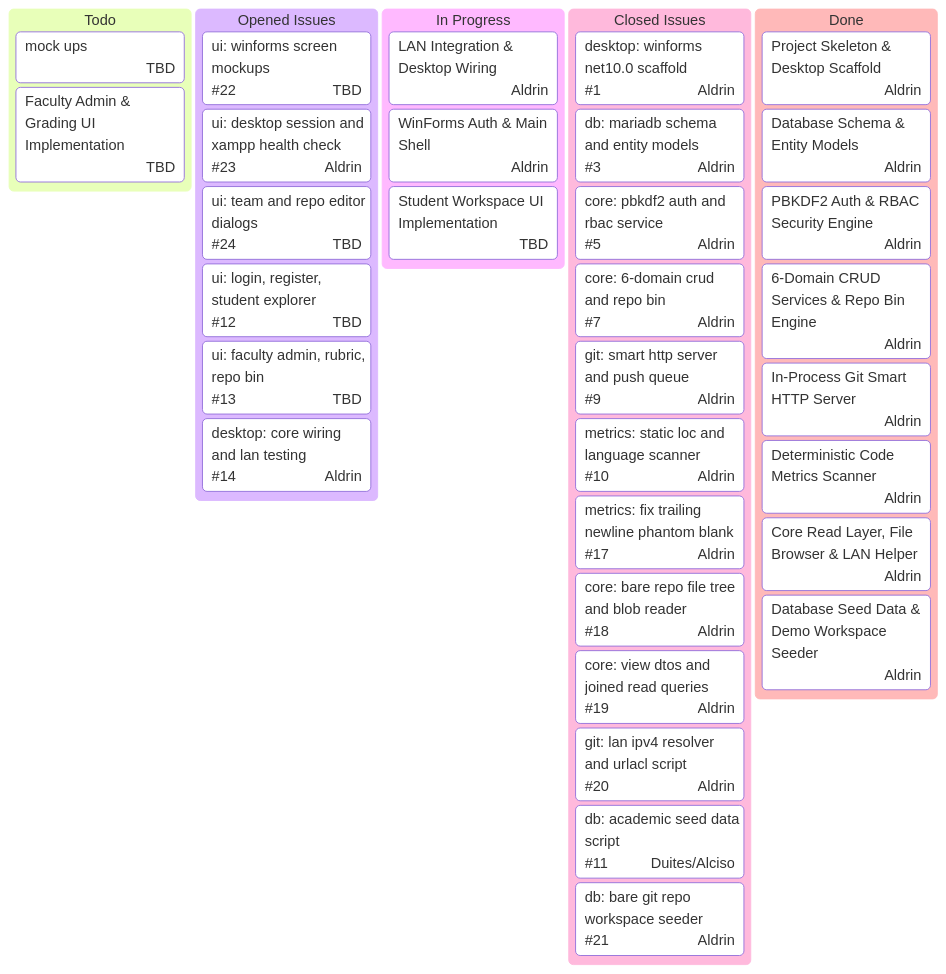
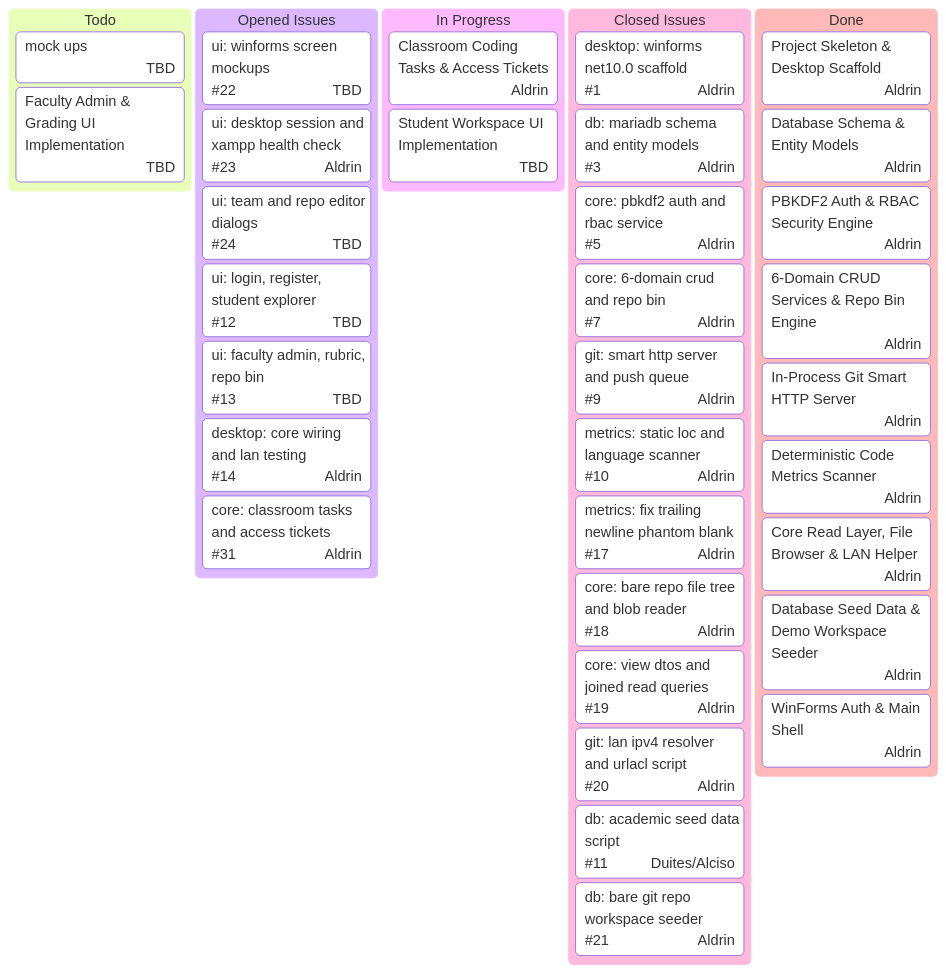
The diagram in README.md (frtzhahn/repo-vault), drawn with Mermaid before and after one commit. The commit also changed 15 other files, not shown here.

Commit message:
feat(core): add classroom coding tasks, repo privacy & tickets + tests

````diff
--- a/README.md
+++ b/README.md
@@ -34,40 +34,40 @@
 ```mermaid
 kanban
   [Todo]
     [mock ups]@{ assigned: 'TBD' }
     [Faculty Admin & Grading UI Implementation]@{ assigned: 'TBD' }
   [Opened Issues]
     [ui: winforms screen mockups]@{ assigned: 'TBD', ticket: '#22' }
     [ui: desktop session and xampp health check]@{ assigned: 'Aldrin', ticket: '#23' }
     [ui: team and repo editor dialogs]@{ assigned: 'TBD', ticket: '#24' }
     [ui: login, register, student explorer]@{ assigned: 'TBD', ticket: '#12' }
     [ui: faculty admin, rubric, repo bin]@{ assigned: 'TBD', ticket: '#13' }
     [desktop: core wiring and lan testing]@{ assigned: 'Aldrin', ticket: '#14' }
+    [core: classroom tasks and access tickets]@{ assigned: 'Aldrin', ticket: '#31' }
   [In Progress]
-    [LAN Integration & Desktop Wiring]@{ assigned: 'Aldrin' }
-    [WinForms Auth & Main Shell]@{ assigned: 'Aldrin' }
+    [Classroom Coding Tasks & Access Tickets]@{ assigned: 'Aldrin' }
     [Student Workspace UI Implementation]@{ assigned: 'TBD' }
   [Closed Issues]
     [desktop: winforms net10.0 scaffold]@{ assigned: 'Aldrin', ticket: '#1' }
     [db: mariadb schema and entity models]@{ assigned: 'Aldrin', ticket: '#3' }
     [core: pbkdf2 auth and rbac service]@{ assigned: 'Aldrin', ticket: '#5' }
     [core: 6-domain crud and repo bin]@{ assigned: 'Aldrin', ticket: '#7' }
     [git: smart http server and push queue]@{ assigned: 'Aldrin', ticket: '#9' }
     [metrics: static loc and language scanner]@{ assigned: 'Aldrin', ticket: '#10' }
     [metrics: fix trailing newline phantom blank]@{ assigned: 'Aldrin', ticket: '#17' }
     [core: bare repo file tree and blob reader]@{ assigned: 'Aldrin', ticket: '#18' }
     [core: view dtos and joined read queries]@{ assigned: 'Aldrin', ticket: '#19' }
     [git: lan ipv4 resolver and urlacl script]@{ assigned: 'Aldrin', ticket: '#20' }
     [db: academic seed data script]@{ assigned: 'Duites/Alciso', ticket: '#11' }
     [db: bare git repo workspace seeder]@{ assigned: 'Aldrin', ticket: '#21' }
   [Done]
     [Project Skeleton & Desktop Scaffold]@{ assigned: 'Aldrin' }
     [Database Schema & Entity Models]@{ assigned: 'Aldrin' }
     [PBKDF2 Auth & RBAC Security Engine]@{ assigned: 'Aldrin' }
     [6-Domain CRUD Services & Repo Bin Engine]@{ assigned: 'Aldrin' }
     [In-Process Git Smart HTTP Server]@{ assigned: 'Aldrin' }
     [Deterministic Code Metrics Scanner]@{ assigned: 'Aldrin' }
     [Core Read Layer, File Browser & LAN Helper]@{ assigned: 'Aldrin' }
     [Database Seed Data & Demo Workspace Seeder]@{ assigned: 'Aldrin' }
-
+    [WinForms Auth & Main Shell]@{ assigned: 'Aldrin' }
 ```
````
